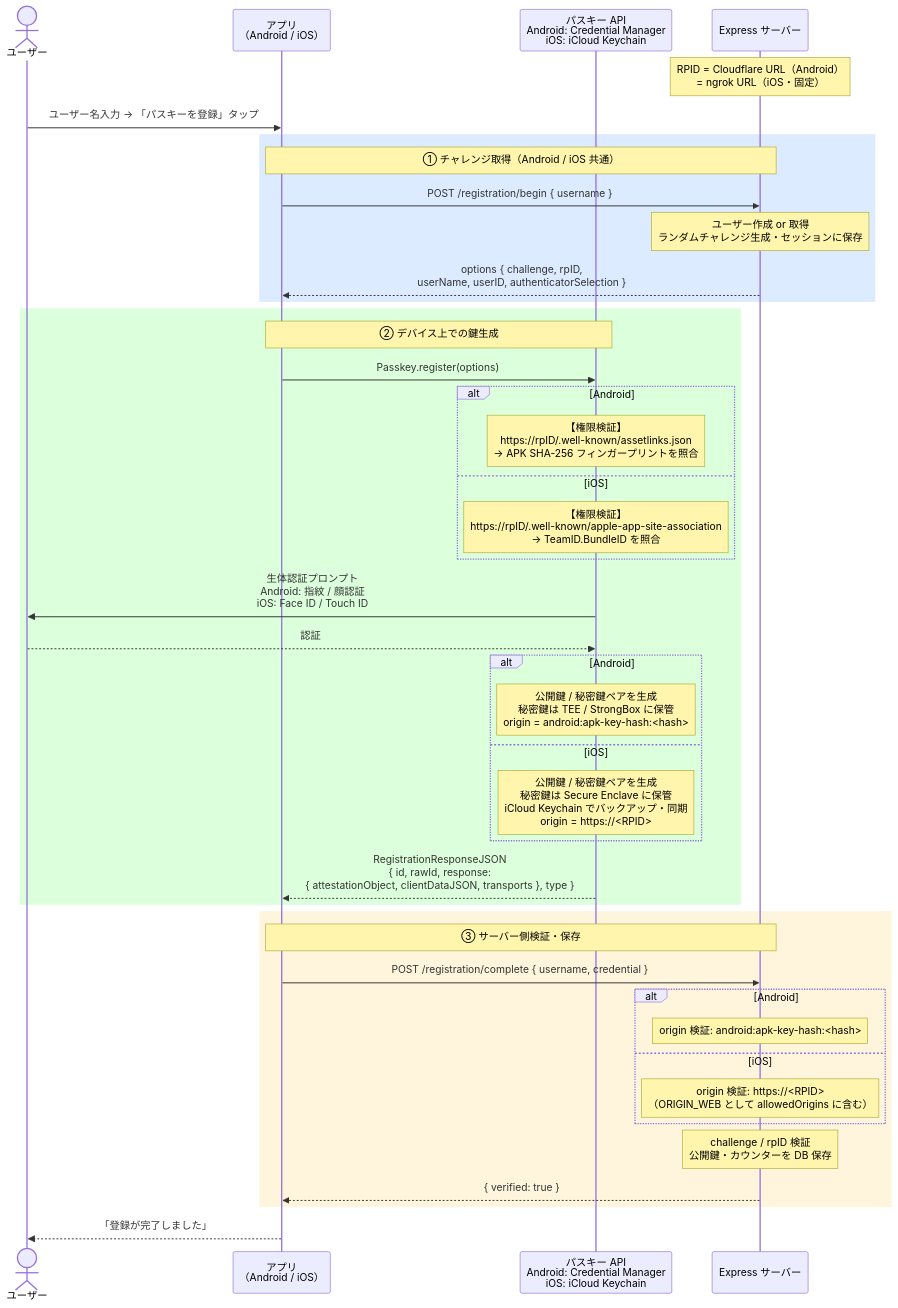
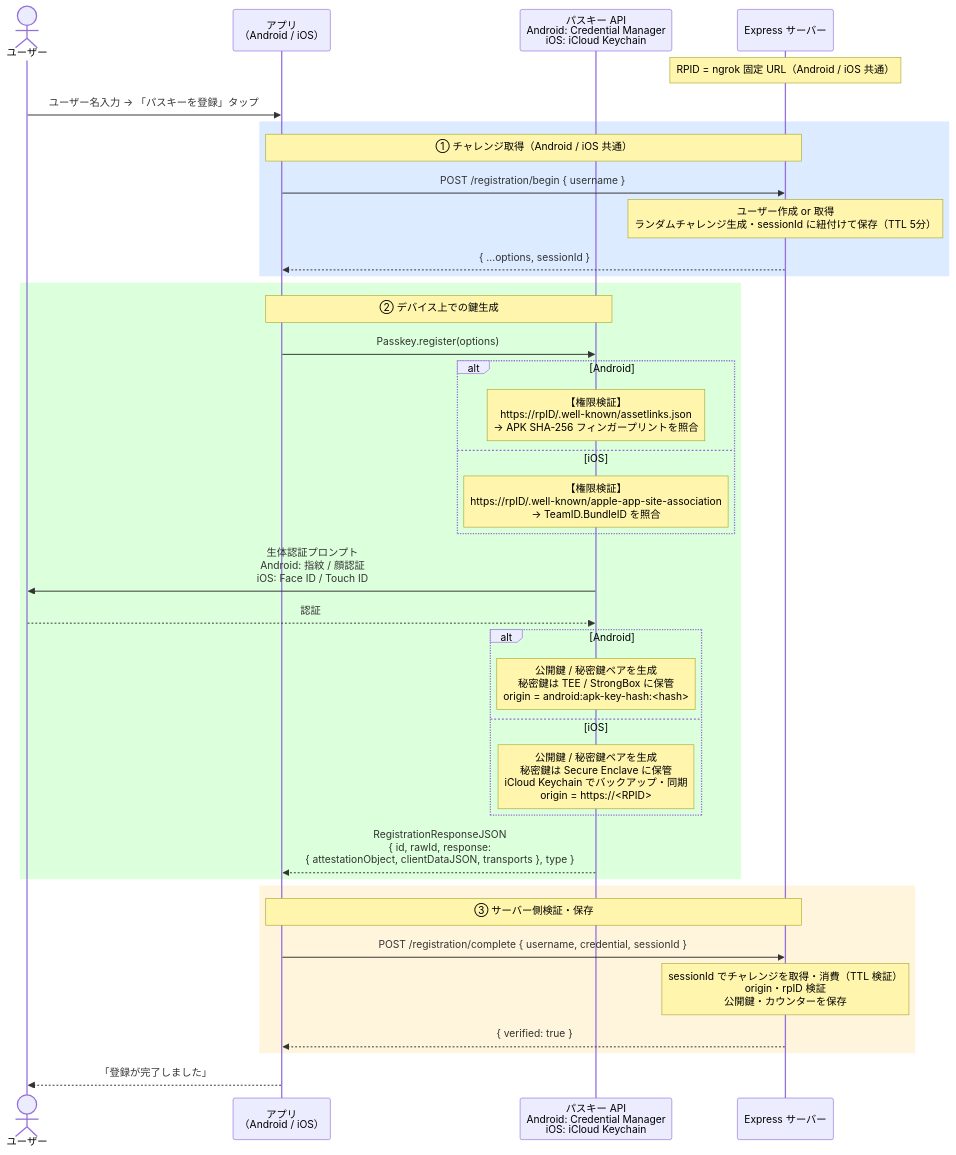
Before and after one commit to taka1226s/passkey-poc: the second of 8 diagrams in README.md, drawn with Mermaid. The commit also changed other lines of this file and 21 other files, not shown here.

````diff
--- a/README.md
+++ b/README.md
@@ -356,50 +377,45 @@
 ```mermaid
 sequenceDiagram
     actor User as ユーザー
     participant App as アプリ<br/>（Android / iOS）
     participant CM as パスキー API<br/>Android: Credential Manager<br/>iOS: iCloud Keychain
     participant Server as Express サーバー
 
-    Note over Server: RPID = Cloudflare URL（Android）<br/>     = ngrok URL（iOS・固定）
+    Note over Server: RPID = ngrok 固定 URL（Android / iOS 共通）
 
     User->>App: ユーザー名入力 → 「パスキーを登録」タップ
 
     rect rgb(220, 235, 255)
         Note over App,Server: ① チャレンジ取得（Android / iOS 共通）
         App->>Server: POST /registration/begin { username }
-        Note over Server: ユーザー作成 or 取得<br/>ランダムチャレンジ生成・セッションに保存
-        Server-->>App: options { challenge, rpID,<br/>userName, userID, authenticatorSelection }
+        Note over Server: ユーザー作成 or 取得<br/>ランダムチャレンジ生成・sessionId に紐付けて保存（TTL 5分）
+        Server-->>App: { ...options, sessionId }
     end
 
     rect rgb(220, 255, 220)
         Note over App,CM: ② デバイス上での鍵生成
         App->>CM: Passkey.register(options)
         alt Android
             Note over CM: 【権限検証】<br/>https://rpID/.well-known/assetlinks.json<br/>→ APK SHA-256 フィンガープリントを照合
         else iOS
             Note over CM: 【権限検証】<br/>https://rpID/.well-known/apple-app-site-association<br/>→ TeamID.BundleID を照合
         end
         CM->>User: 生体認証プロンプト<br/>Android: 指紋 / 顔認証<br/>iOS: Face ID / Touch ID
         User-->>CM: 認証
         alt Android
             Note over CM: 公開鍵 / 秘密鍵ペアを生成<br/>秘密鍵は TEE / StrongBox に保管<br/>origin = android:apk-key-hash:<hash>
         else iOS
             Note over CM: 公開鍵 / 秘密鍵ペアを生成<br/>秘密鍵は Secure Enclave に保管<br/>iCloud Keychain でバックアップ・同期<br/>origin = https://<RPID>
         end
         CM-->>App: RegistrationResponseJSON<br/>{ id, rawId, response:<br/>{ attestationObject, clientDataJSON, transports }, type }
     end
 
     rect rgb(255, 245, 220)
         Note over App,Server: ③ サーバー側検証・保存
-        App->>Server: POST /registration/complete { username, credential }
-        alt Android
-            Note over Server: origin 検証: android:apk-key-hash:<hash>
-        else iOS
-            Note over Server: origin 検証: https://<RPID><br/>（ORIGIN_WEB として allowedOrigins に含む）
-        end
-        Note over Server: challenge / rpID 検証<br/>公開鍵・カウンターを DB 保存
+        App->>Server: POST /registration/complete { username, credential, sessionId }
+        Note over Server: sessionId でチャレンジを取得・消費（TTL 検証）<br/>origin・rpID 検証<br/>公開鍵・カウンターを保存
         Server-->>App: { verified: true }
     end
 
     App-->>User: 「登録が完了しました」
 ```
````
